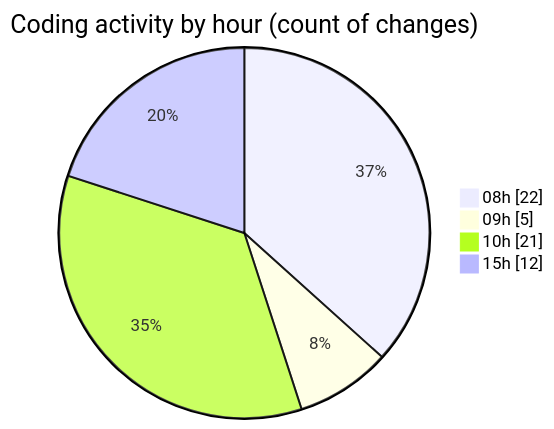
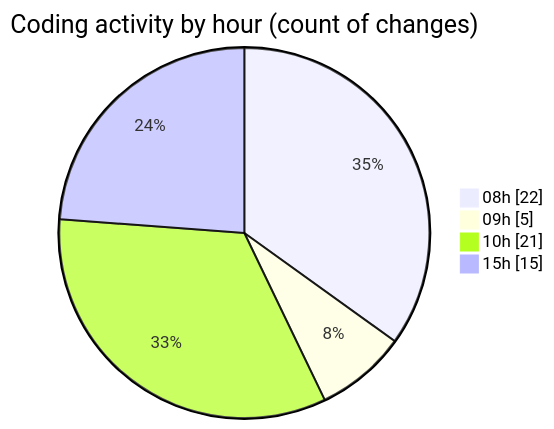
Before and after one commit to robertbonfada/code-tracking: the second of 2 diagrams in 2025-02-17/mbc-web/README.md, drawn with Mermaid. The commit also changed other lines of this file and 1 other file, not shown here.

````diff
--- a/2025-02-17/mbc-web/README.md
+++ b/2025-02-17/mbc-web/README.md
@@ -41,8 +41,8 @@
 ```mermaid
 pie showData
 title Coding activity by hour (count of changes)
 "08h" : 22
 "09h" : 5
 "10h" : 21
-"15h" : 12
+"15h" : 15
 ```
````
